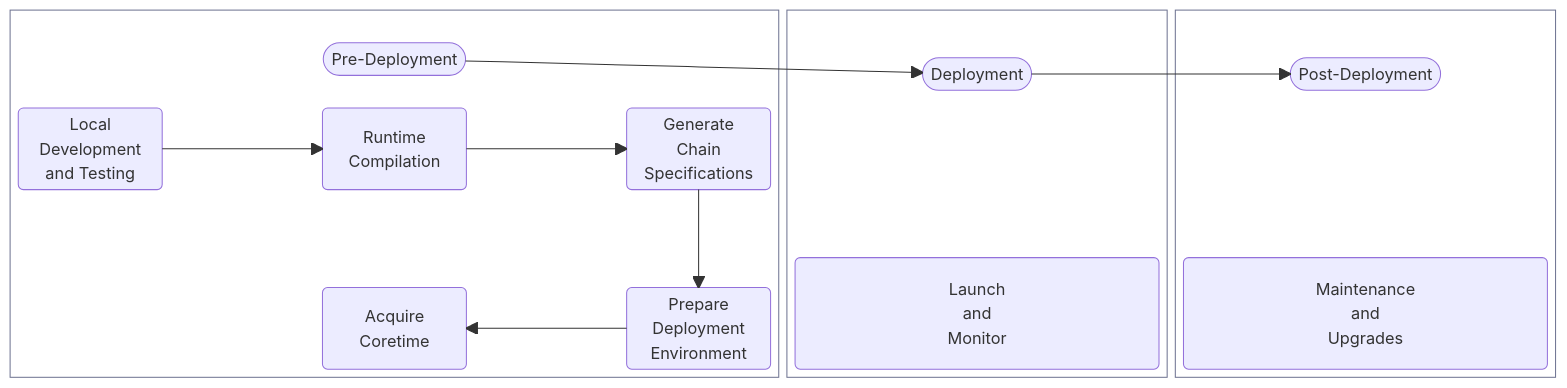
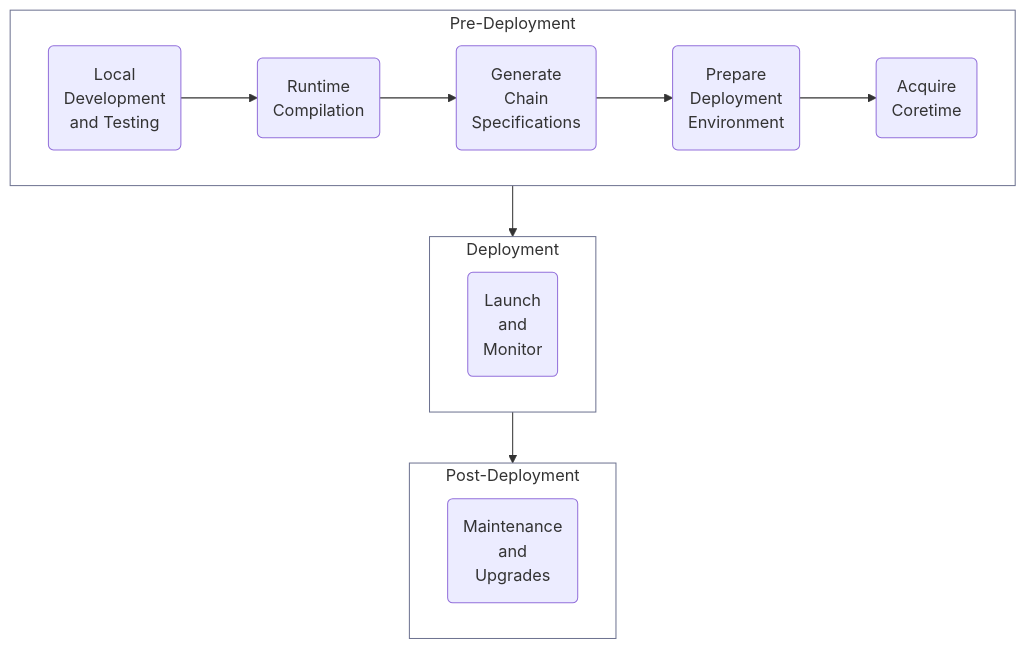
The diagram in develop/blockchains/get-started/deploy-blockchain-to-polkadot.md (polkadot-developers/polkadot-docs), drawn with Mermaid before and after one commit.

Commit message:
Apply suggestions from code review

````diff
--- a/develop/blockchains/get-started/deploy-blockchain-to-polkadot.md
+++ b/develop/blockchains/get-started/deploy-blockchain-to-polkadot.md
@@ -18,39 +18,30 @@
 ```mermaid
-block-beta
-    columns 5
-    block:group1:2
-        columns 5
-        space:2 id1(["Pre-Deployment"]):1 space:2
-        A("Local \nDevelopment \nand Testing")
-        space
-        B("Runtime \nCompilation")
-        space
-        C("Generate \nChain \nSpecifications")
-        space:7
-        E("Acquire \nCoretime")
-        space
-        D("Prepare \nDeployment \nEnvironment")
+flowchart TD
+    %% Group 1: Pre-Deployment
+    subgraph group1 [Pre-Deployment]
+        direction LR
+        A("Local \nDevelopment \nand Testing") --> B("Runtime \nCompilation")
+        B --> C("Generate \nChain \nSpecifications")
+        C --> D("Prepare \nDeployment \nEnvironment")
+        D --> E("Acquire \nCoretime")
     end
-        A-->B 
-        B-->C
-        C-->D 
-        D-->E
-    block:group2:1
-        columns 1
-        id2(["Deployment"]) 
-        space
+    
+    %% Group 2: Deployment
+    subgraph group2 [Deployment]
         F("Launch \nand \nMonitor")
     end
-    block:group3:1
-        columns 1
-        id3(["Post-Deployment"])
-        space
+
+    %% Group 3: Post-Deployment
+    subgraph group3 [Post-Deployment]
         G("Maintenance \nand \nUpgrades")
     end
-        id1-->id2
-        id2-->id3
-    %% Style adjustments
+
+    %% Connections Between Groups
+    group1 --> group2
+    group2 --> group3
+
+    %% Styling
     style group1 fill:#ffffff,stroke:#6e7391,stroke-width:1px
     style group2 fill:#ffffff,stroke:#6e7391,stroke-width:1px
     style group3 fill:#ffffff,stroke:#6e7391,stroke-width:1px
 ```
````
